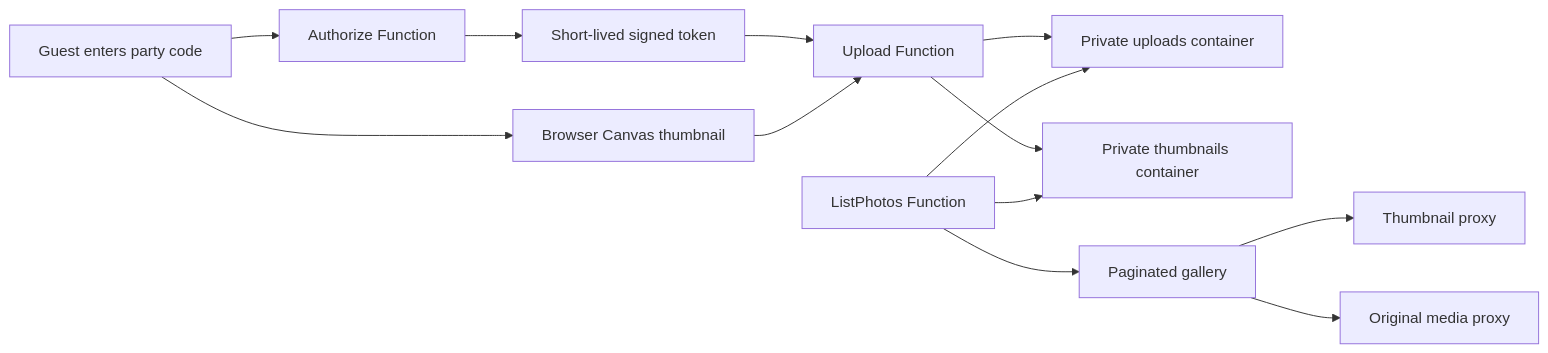
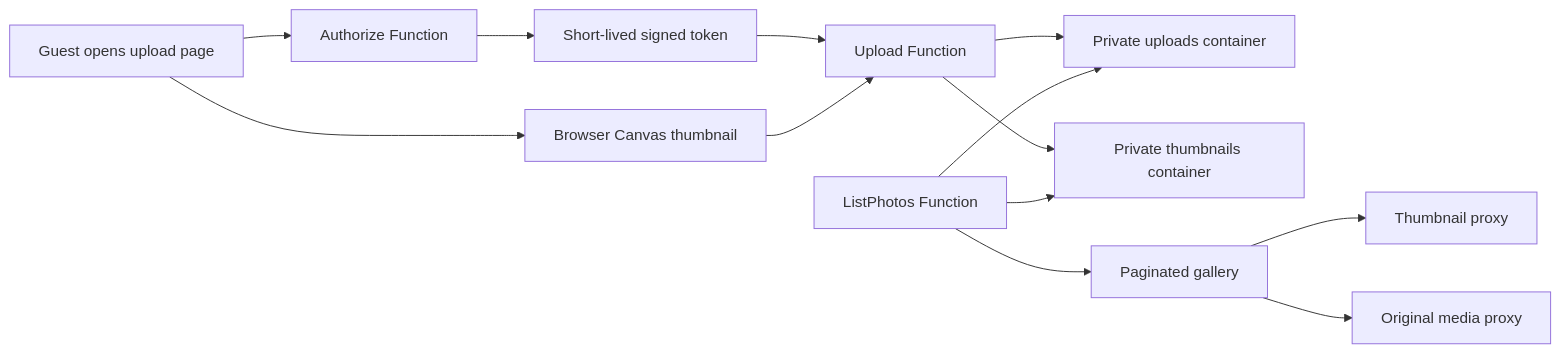
Before and after one commit to mswantek68/mswantek68.github.io: the diagram in .azure/deployment-plan.md, drawn with Mermaid. The commit also changed other lines of this file and 6 other files, not shown here.

````diff
--- a/.azure/deployment-plan.md
+++ b/.azure/deployment-plan.md
@@ -34,15 +33,15 @@
 ```mermaid
 flowchart LR
-    A[Guest enters party code] --> B[Authorize Function]
+    A[Guest opens upload page] --> B[Authorize Function]
     B --> C[Short-lived signed token]
     C --> D[Upload Function]
     D --> E[Private uploads container]
     A --> F[Browser Canvas thumbnail]
     F --> D
     D --> H[Private thumbnails container]
     I[ListPhotos Function] --> E
     I --> H
     I --> J[Paginated gallery]
     J --> K[Thumbnail proxy]
     J --> L[Original media proxy]
 ```
````
